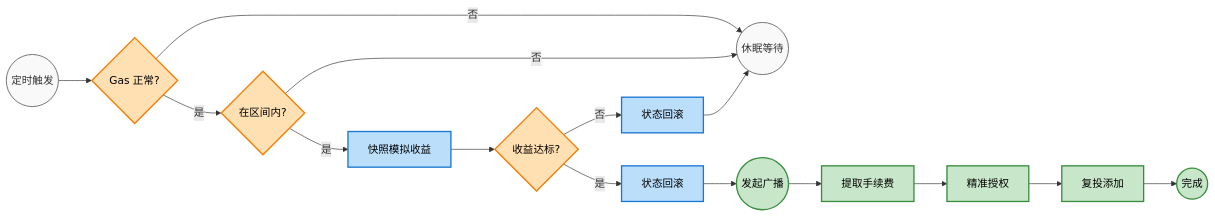
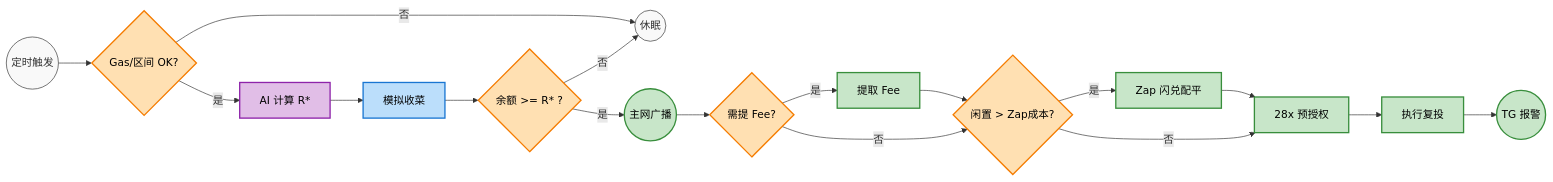
One commit to smhe00/uniswap-v3pool-auto-compound changed the first of 2 diagrams in README.md. Above: the diagram before and after it, drawn with Mermaid. The commit also changed other lines of this file, not shown here.

````diff
--- a/README.md
+++ b/README.md
@@ -23,22 +23,29 @@
 ```mermaid
 graph LR
     %% Colors & Styles
     classDef default fill:#f9f9f9,stroke:#333,stroke-width:1px;
     classDef gate fill:#ffe0b2,stroke:#f57c00,stroke-width:2px,color:#000;
+    classDef brain fill:#e1bee7,stroke:#8e24aa,stroke-width:2px,color:#000;
     classDef sim fill:#bbdefb,stroke:#1976d2,stroke-width:2px,color:#000;
     classDef chain fill:#c8e6c9,stroke:#388e3c,stroke-width:2px,color:#000;
 
-    Start((定时触发)) --> G0{Gas 正常?}:::gate
-    G0 -- 否 --> End((休眠等待))
-    G0 -- 是 --> G1{在区间内?}:::gate
+    Start(("定时触发")) --> Check{"Gas/区间 OK?"}:::gate
+    Check -- 否 --> Sleep(("休眠"))
+    Check -- 是 --> Brain["AI 计算 R*"]:::brain
     
-    G1 -- 否 --> End
-    G1 -- 是 --> Sim[快照模拟收益]:::sim
+    Brain --> ModA["模拟收菜"]:::sim
+    ModA --> ModB{"余额 >= R* ?"}:::gate
     
-    Sim --> G2{收益达标?}:::gate
+    ModB -- 否 --> Sleep
+    ModB -- 是 --> Broad(("主网广播")):::chain
     
-    G2 -- 否 --> Rev1[状态回滚]:::sim --> End
-    G2 -- 是 --> Rev2[状态回滚]:::sim --> Broad((发起广播)):::chain
+    Broad --> ExecA{"需提 Fee?"}:::gate
+    ExecA -- 是 --> Col["提取 Fee"]:::chain --> ExecC
+    ExecA -- 否 --> ExecC
     
-    Broad --> Col[提取手续费]:::chain --> App[精准授权]:::chain --> Inv[复投添加]:::chain --> Done((完成)):::chain
+    ExecC{"闲置 > Zap成本?"}:::gate
+    ExecC -- 是 --> Swap["Zap 闪兑配平"]:::chain --> App
+    ExecC -- 否 --> App["28x 预授权"]:::chain
+    
+    App --> Inv["执行复投"]:::chain --> Done(("TG 报警")):::chain
 ```
````
